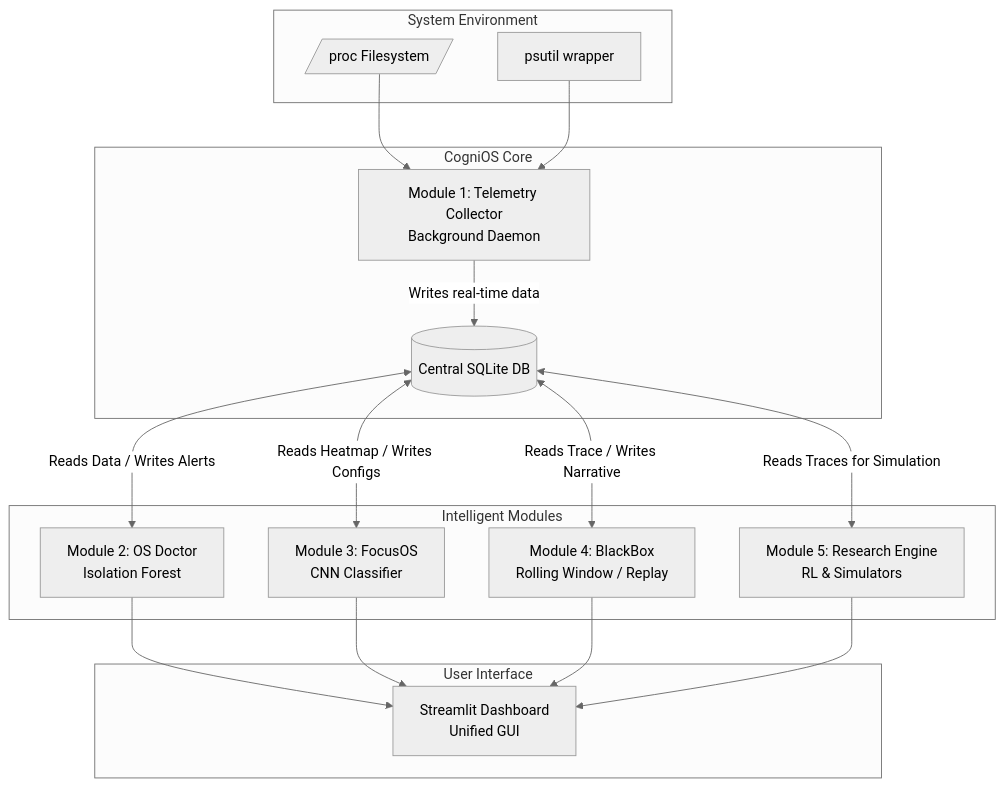
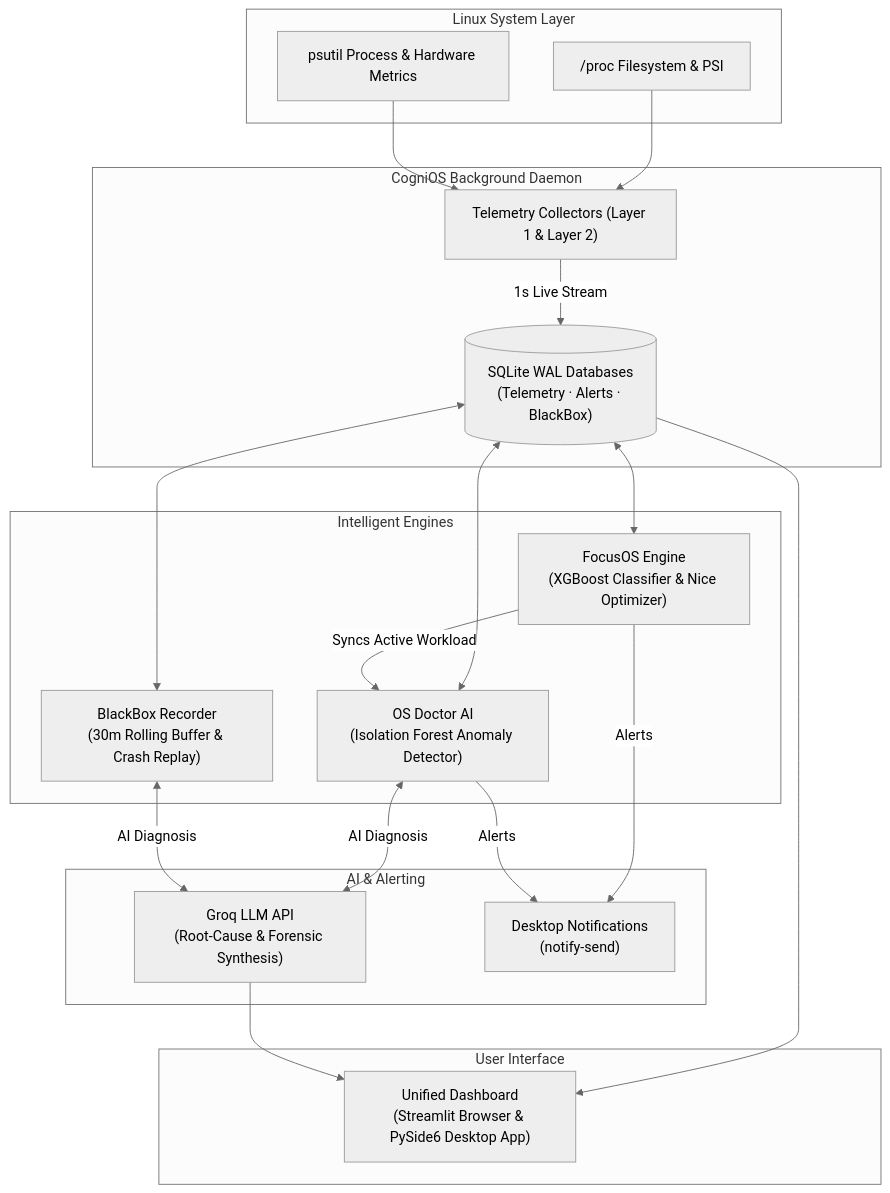
One commit to devlup-labs/CogniOS changed the diagram in README.md. Above: the diagram before and after it, drawn with Mermaid (neutral theme). The commit also changed other lines of this file and 1 other file, not shown here.

````diff
--- a/README.md
+++ b/README.md
@@ -2,37 +36,41 @@
 ```mermaid
-graph TD
-    subgraph System Environment
-        proc[/proc Filesystem/]
-        psutil[psutil wrapper]
+flowchart TD
+    subgraph OS["Linux System Layer"]
+        PROC["/proc Filesystem & PSI"]
+        PS["psutil Process & Hardware Metrics"]
     end
 
-    subgraph CogniOS Core
-        DB[(Central SQLite DB)]
-        TC[Module 1: Telemetry Collector\nBackground Daemon]
-        
-        TC -->|Writes real-time data| DB
-        proc --> TC
-        psutil --> TC
+    subgraph Core["CogniOS Background Daemon"]
+        COL["Telemetry Collectors (Layer 1 & Layer 2)"]
+        DB[("SQLite WAL Databases\n(Telemetry · Alerts · BlackBox)")]
     end
 
-    subgraph Intelligent Modules
-        OD[Module 2: OS Doctor\nIsolation Forest]
-        FO[Module 3: FocusOS\nCNN Classifier]
-        BB[Module 4: BlackBox\nRolling Window / Replay]
-        RE[Module 5: Research Engine\nRL & Simulators]
+    subgraph Modules["Intelligent Engines"]
+        FO["FocusOS Engine\n(XGBoost Classifier & Nice Optimizer)"]
+        OD["OS Doctor AI\n(Isolation Forest Anomaly Detector)"]
+        BB["BlackBox Recorder\n(30m Rolling Buffer & Crash Replay)"]
     end
 
-    DB <-->|Reads Data / Writes Alerts| OD
-    DB <-->|Reads Heatmap / Writes Configs| FO
-    DB <-->|Reads Trace / Writes Narrative| BB
-    DB <-->|Reads Traces for Simulation| RE
-
-    subgraph User Interface
-        DASH[Streamlit Dashboard\nUnified GUI]
+    subgraph AI["AI & Alerting"]
+        GROQ["Groq LLM API\n(Root-Cause & Forensic Synthesis)"]
+        NOTIF["Desktop Notifications\n(notify-send)"]
     end
 
-    OD --> DASH
-    FO --> DASH
-    BB --> DASH
-    RE --> DASH
+    subgraph UI["User Interface"]
+        DASH["Unified Dashboard\n(Streamlit Browser & PySide6 Desktop App)"]
+    end
+
+    PROC & PS --> COL
+    COL -->|1s Live Stream| DB
+
+    DB <--> FO
+    DB <--> OD
+    DB <--> BB
+
+    FO -->|Syncs Active Workload| OD
+    OD & BB <-->|AI Diagnosis| GROQ
+    FO & OD -->|Alerts| NOTIF
+
+    DB --> DASH
+    GROQ --> DASH
 ```
````
